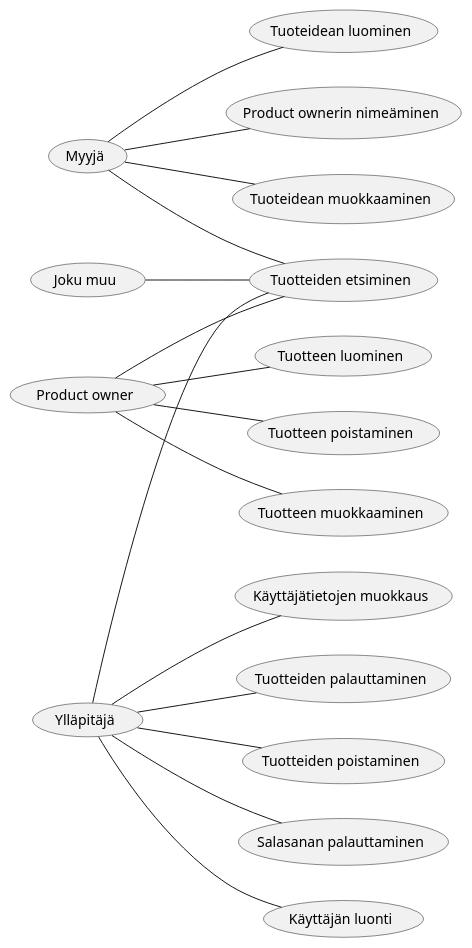
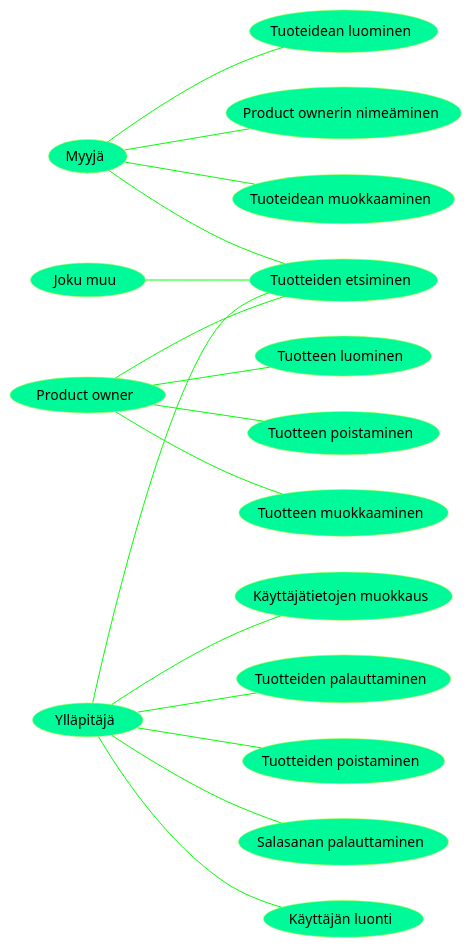
Diagram 12 of 13 in dokumentit/02-vaatimusmaarittely/vaatimusmaarittely.md (martimik/TuHlaRi-core), drawn with PlantUML before and after one commit. The commit also changed other lines of this file, not shown here.

````diff
--- a/dokumentit/02-vaatimusmaarittely/vaatimusmaarittely.md
+++ b/dokumentit/02-vaatimusmaarittely/vaatimusmaarittely.md
@@ -208,24 +226,35 @@
 ```plantuml
 left to right direction
+skinparam usecase {
+	BackgroundColor MediumSpringGreen
+	BorderColor GreenYellow
+
+	BackgroundColor<< Main >> YellowGreen
+	BorderColor<< Main >> YellowGreen
+	
+	ArrowColor Lime
+	ActorBorderColor black
+	ActorFontName Courier
+}
 
 (Ylläpitäjä)--(Tuotteiden etsiminen)
 (Ylläpitäjä)--(Tuotteiden palauttaminen)
 (Ylläpitäjä)--(Tuotteiden poistaminen)
 (Ylläpitäjä)--(Salasanan palauttaminen)
 (Ylläpitäjä)--(Käyttäjän luonti)
 (Ylläpitäjä)--(Käyttäjätietojen muokkaus)
 
 (Myyjä)--(Tuotteiden etsiminen)
 (Myyjä)--(Tuoteidean luominen)
 (Myyjä)--(Product ownerin nimeäminen)
 (Myyjä)--(Tuoteidean muokkaaminen)
 
 
 (Product owner)--(Tuotteiden etsiminen)
 (Product owner)--(Tuotteen luominen)
 (Product owner)--(Tuotteen poistaminen)
 (Product owner)--(Tuotteen muokkaaminen)
 
 (Joku muu)--(Tuotteiden etsiminen)
 
 ```
````
